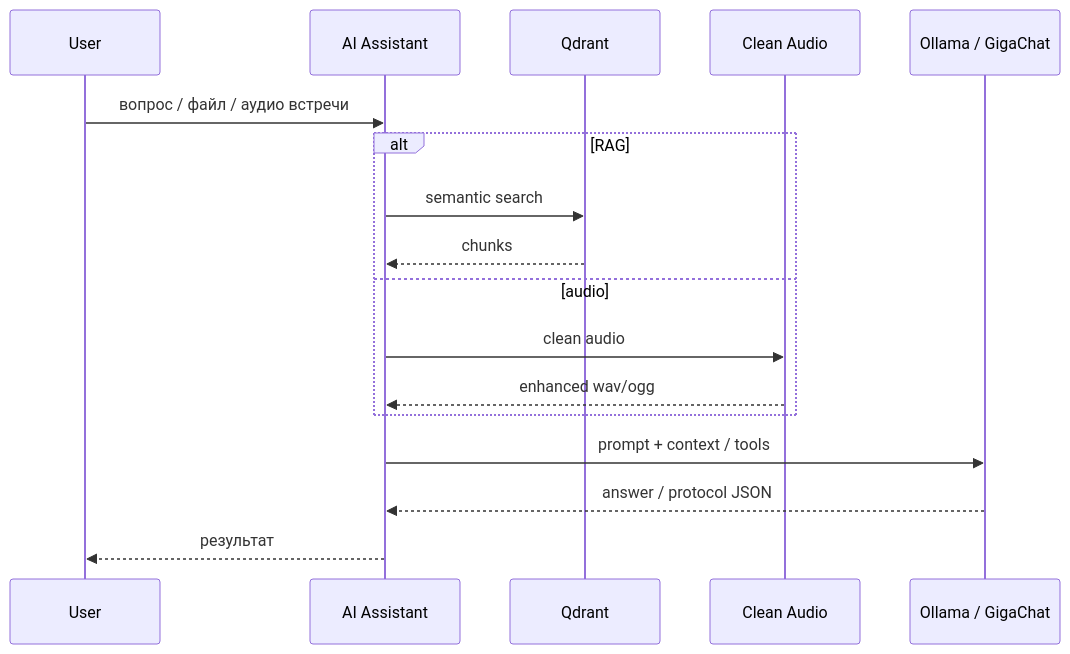
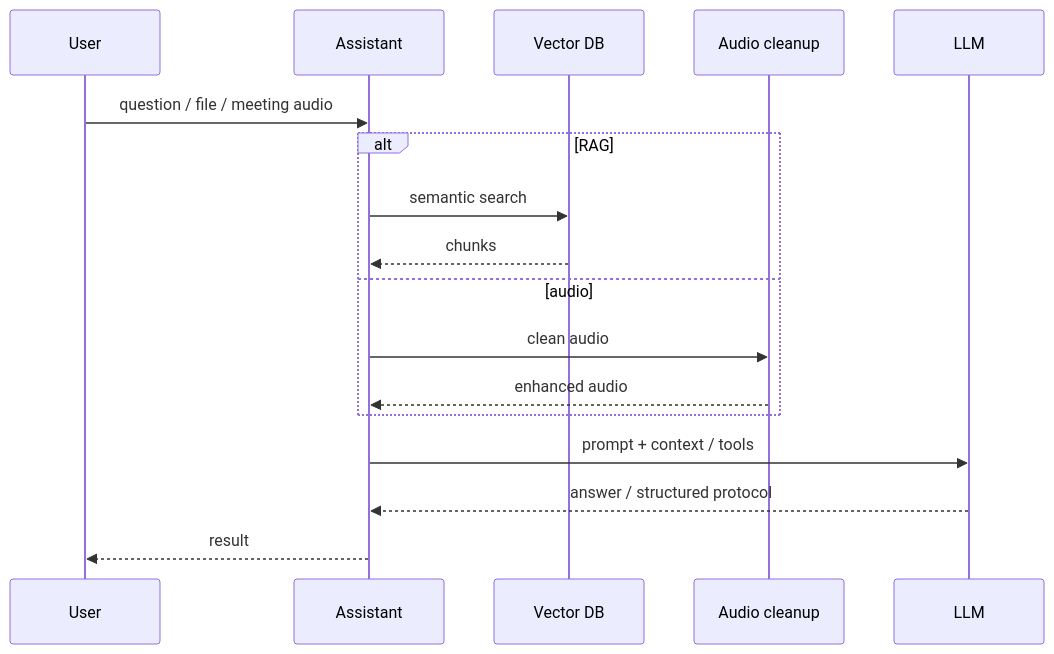
Before and after one commit to artyom-ai-dev/portfolio: the diagram in cases/01-ai-assistant-rag.md, drawn with Mermaid. The commit also changed other lines of this file and 4 other files, not shown here.

````diff
--- a/cases/01-ai-assistant-rag.md
+++ b/cases/01-ai-assistant-rag.md
@@ -14,20 +14,20 @@
 ```mermaid
 sequenceDiagram
   participant U as User
-  participant AI as AI Assistant
-  participant Q as Qdrant
-  participant CA as Clean Audio
-  participant LLM as Ollama / GigaChat
+  participant A as Assistant
+  participant V as Vector DB
+  participant C as Audio cleanup
+  participant L as LLM
 
-  U->>AI: вопрос / файл / аудио встречи
+  U->>A: question / file / meeting audio
   alt RAG
-    AI->>Q: semantic search
-    Q-->>AI: chunks
+    A->>V: semantic search
+    V-->>A: chunks
   else audio
-    AI->>CA: clean audio
-    CA-->>AI: enhanced wav/ogg
+    A->>C: clean audio
+    C-->>A: enhanced audio
   end
-  AI->>LLM: prompt + context / tools
-  LLM-->>AI: answer / protocol JSON
-  AI-->>U: результат
+  A->>L: prompt + context / tools
+  L-->>A: answer / structured protocol
+  A-->>U: result
 ```
````
